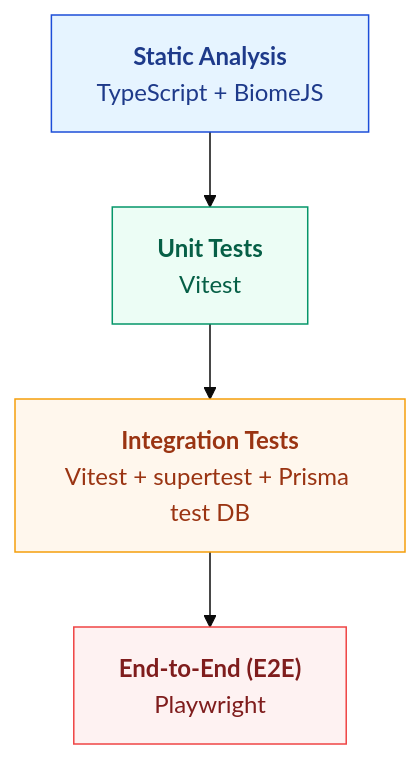
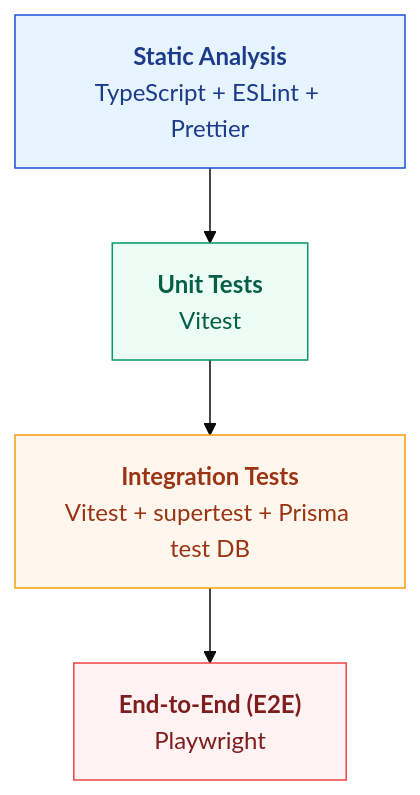
One commit to thiagofons/curator changed the diagram in apps/frontend/docs/src/content/architecture/adr/003-testing-trophy.mdx. Above: the diagram before and after it, drawn with Mermaid (base theme). The commit also changed other lines of this file and 1 other file, not shown here.

Commit message:
docs(frontend/docs): :memo: updating static validation to prettier + eslint in official docs

````diff
--- a/apps/frontend/docs/src/content/architecture/adr/003-testing-trophy.mdx
+++ b/apps/frontend/docs/src/content/architecture/adr/003-testing-trophy.mdx
@@ -61,21 +61,21 @@
 ```mermaid
 flowchart TB
   %% Direction: bottom -> top (SA is the base)
-  SA["<b>Static Analysis</b><br/>TypeScript + BiomeJS"]
+  SA["<b>Static Analysis</b><br/>TypeScript + ESLint + Prettier"]
   UT["<b>Unit Tests</b><br/>Vitest"]
   IT["<b>Integration Tests</b><br/>Vitest + supertest + Prisma test DB"]
   E2E["<b>End-to-End (E2E)</b><br/>Playwright"]
 
   SA --> UT --> IT --> E2E
 
   %% Visual emphasis via colors
   classDef base fill:#e6f4ff,stroke:#1d4ed8,color:#1e3a8a;
   classDef unit fill:#ecfdf5,stroke:#059669,color:#065f46;
   classDef integration fill:#fff7ed,stroke:#f59e0b,color:#9a3412;
   classDef e2e fill:#fef2f2,stroke:#ef4444,color:#7f1d1d;
 
   class SA base;
   class UT unit;
   class IT integration;
   class E2E e2e;
 ```
````
